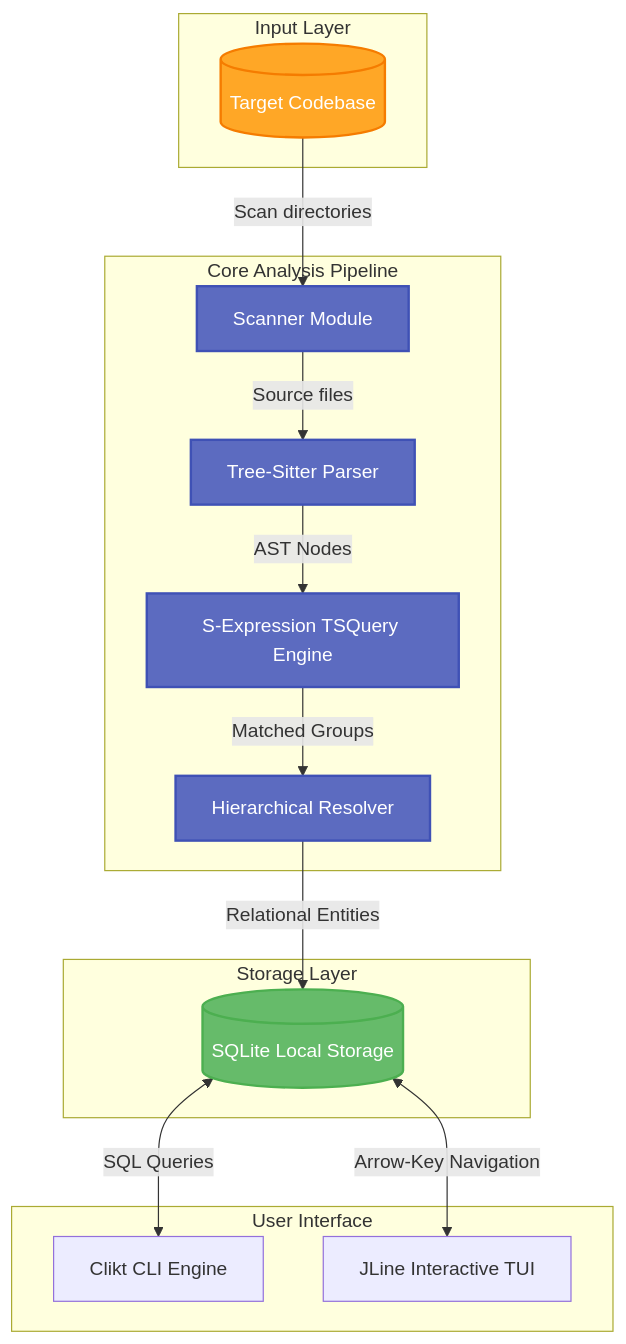
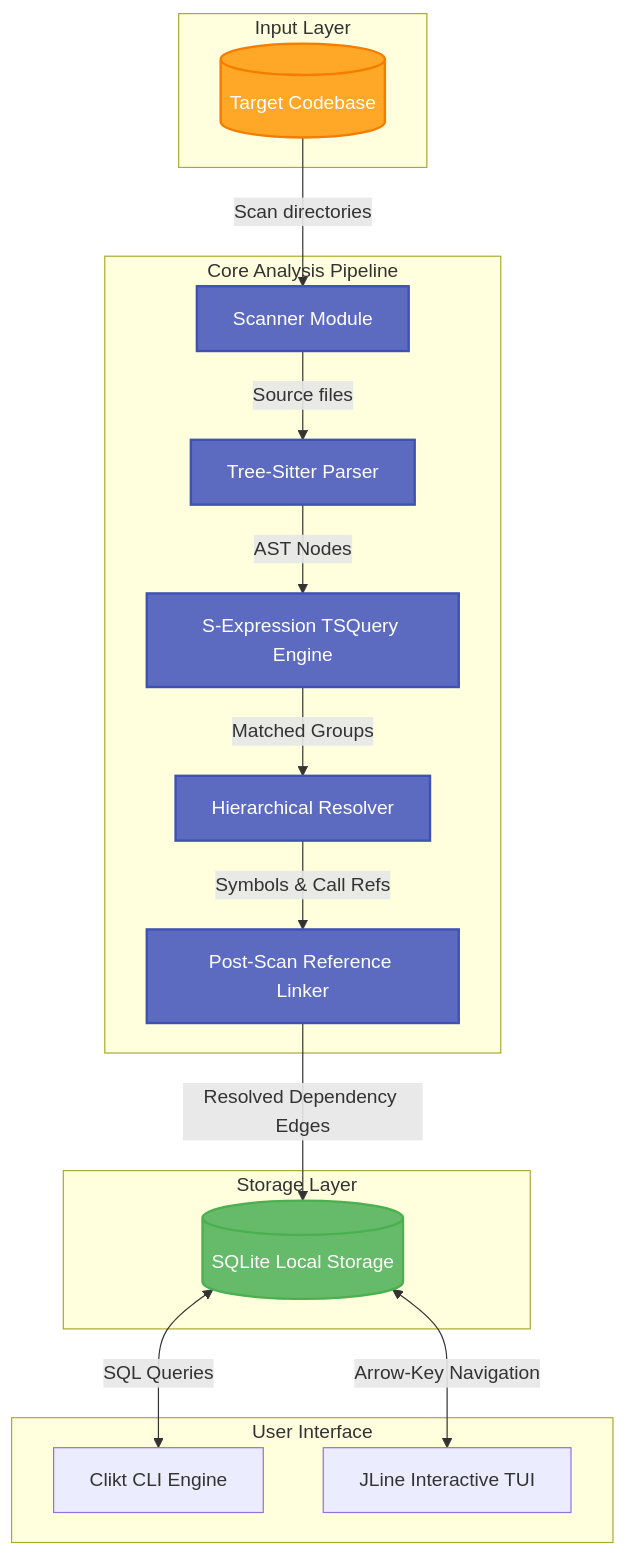
Before and after one commit to AjithGoveas/kindex: the diagram in README.md, drawn with Mermaid. The commit also changed other lines of this file, not shown here.

Commit message:
docs: update README to reflect KMP structure, SQLDelight storage, and Reference Linker

````diff
--- a/README.md
+++ b/README.md
@@ -58,38 +58,40 @@
 ```mermaid
 flowchart TD
     subgraph Input Layer
         Repo[(Target Codebase)]
     end
 
     subgraph Core Analysis Pipeline
         Scanner[Scanner Module]
         Parser[Tree-Sitter Parser]
         QueryEngine[S-Expression TSQuery Engine]
         Extractor[Hierarchical Resolver]
+        Linker[Post-Scan Reference Linker]
     end
 
     subgraph Storage Layer
         DB[(SQLite Local Storage)]
     end
 
     subgraph User Interface
         CLI[Clikt CLI Engine]
         TUI[JLine Interactive TUI]
     end
 
     Repo -->|Scan directories| Scanner
     Scanner -->|Source files| Parser
     Parser -->|AST Nodes| QueryEngine
     QueryEngine -->|Matched Groups| Extractor
-    Extractor -->|Relational Entities| DB
+    Extractor -->|Symbols & Call Refs| Linker
+    Linker -->|Resolved Dependency Edges| DB
     DB <-->|SQL Queries| CLI
     DB <-->|Arrow-Key Navigation| TUI
     
     classDef main fill:#5C6BC0,stroke:#3F51B5,stroke-width:2px,color:#fff;
     classDef storage fill:#66BB6A,stroke:#4CAF50,stroke-width:2px,color:#fff;
     classDef input fill:#FFA726,stroke:#F57C00,stroke-width:2px,color:#fff;
     
-    class Scanner,Parser,QueryEngine,Extractor main;
+    class Scanner,Parser,QueryEngine,Extractor,Linker main;
     class DB storage;
     class Repo input;
 ```
````
